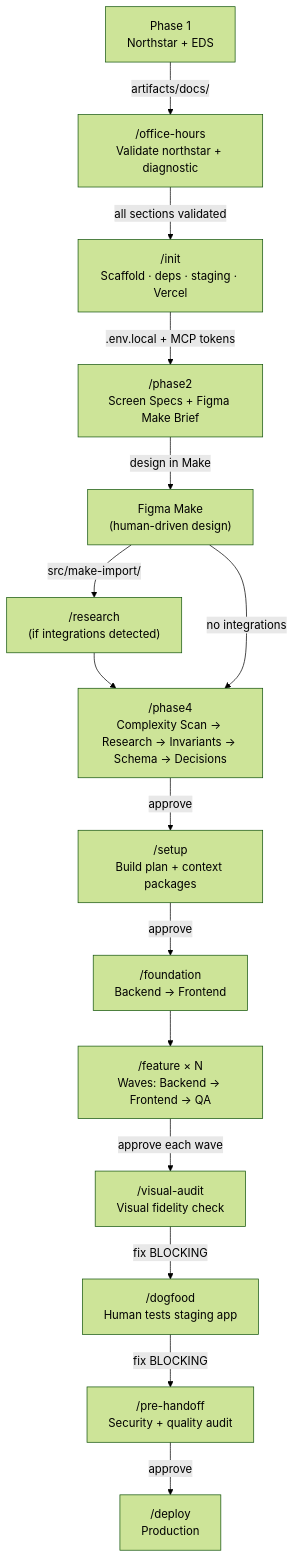
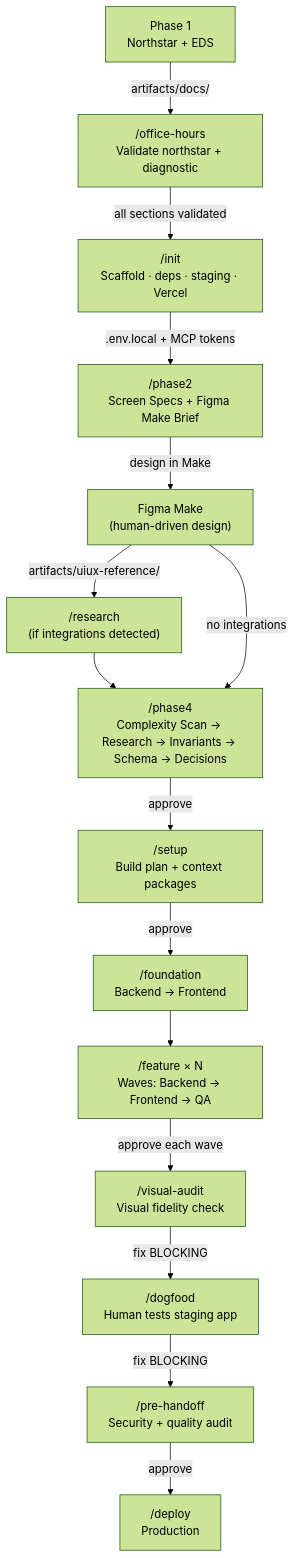
One commit to tad-agentics/getviews.vn changed the diagram in RAD-GUIDE.md. Above: the diagram before and after it, drawn with Mermaid (forest theme). The commit also changed other lines of this file and 49 other files, not shown here.

First line of the commit message:
feat(design): Studio UIUX reference + shell parity

````diff
--- a/RAD-GUIDE.md
+++ b/RAD-GUIDE.md
@@ -518,32 +518,32 @@
 ```mermaid
 flowchart TD
     A["Phase 1\nNorthstar + EDS"]
     OH["/office-hours\nValidate northstar + diagnostic"]
     B["/init\nScaffold · deps · staging · Vercel"]
     C["/phase2\nScreen Specs + Figma Make Brief"]
     C2["Figma Make\n(human-driven design)"]
     D["/research\n(if integrations detected)"]
     E["/phase4\nComplexity Scan → Research → Invariants → Schema → Decisions"]
     F["/setup\nBuild plan + context packages"]
     G["/foundation\nBackend → Frontend"]
     H["/feature × N\nWaves: Backend → Frontend → QA"]
     I["/visual-audit\nVisual fidelity check"]
     DF["/dogfood\nHuman tests staging app"]
     J["/pre-handoff\nSecurity + quality audit"]
     K["/deploy\nProduction"]
 
     A -->|"artifacts/docs/"| OH
     OH -->|"all sections validated"| B
     B -->|".env.local + MCP tokens"| C
     C -->|"design in Make"| C2
-    C2 -->|"src/make-import/"| D
+    C2 -->|"artifacts/uiux-reference/"| D
     D --> E
     C2 -->|"no integrations"| E
     E -->|"approve"| F
     F -->|"approve"| G
     G --> H
     H -->|"approve each wave"| I
     I -->|"fix BLOCKING"| DF
     DF -->|"fix BLOCKING"| J
     J -->|"approve"| K
 ```
````
